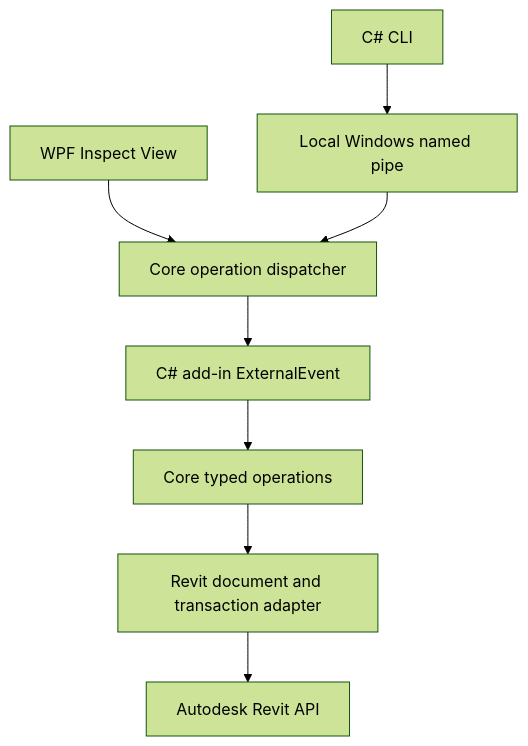
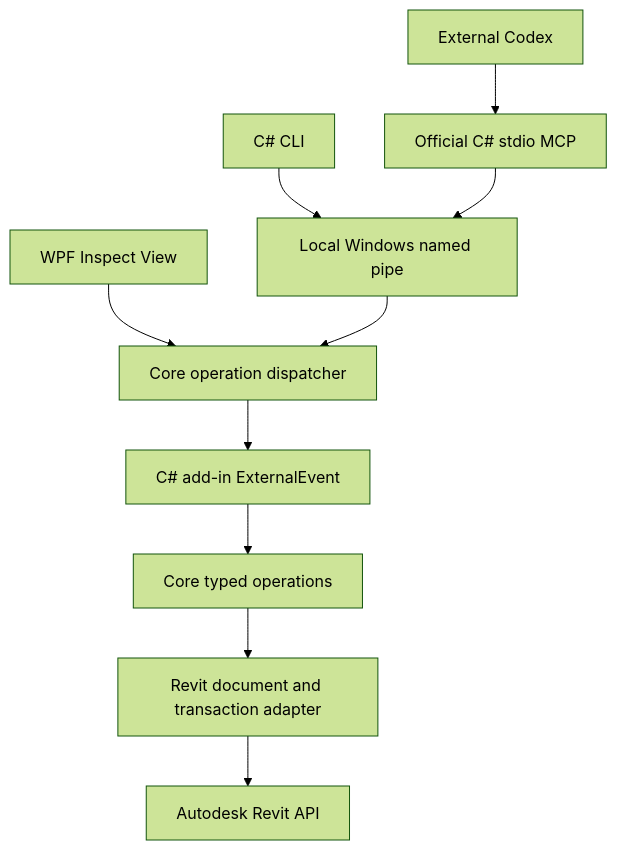
Before and after one commit to scwlkr/RevitThyme: the diagram in docs/ARCHITECTURE.md, drawn with Mermaid (forest theme). The commit also changed other lines of this file and 53 other files, not shown here.

Commit message:
WLK-245 Complete C# MCP stage with native Codex qualification

````diff
--- a/docs/ARCHITECTURE.md
+++ b/docs/ARCHITECTURE.md
@@ -5,10 +5,12 @@
 ```mermaid
 flowchart TD
     UI[WPF Inspect View] --> Queue[Core operation dispatcher]
     CLI[C# CLI] --> Pipe[Local Windows named pipe]
+    Codex[External Codex] --> MCP[Official C# stdio MCP]
+    MCP --> Pipe
     Pipe --> Queue
     Queue --> Event[C# add-in ExternalEvent]
     Event --> Ops[Core typed operations]
     Ops --> Adapter[Revit document and transaction adapter]
     Adapter --> Revit[Autodesk Revit API]
 ```
````
